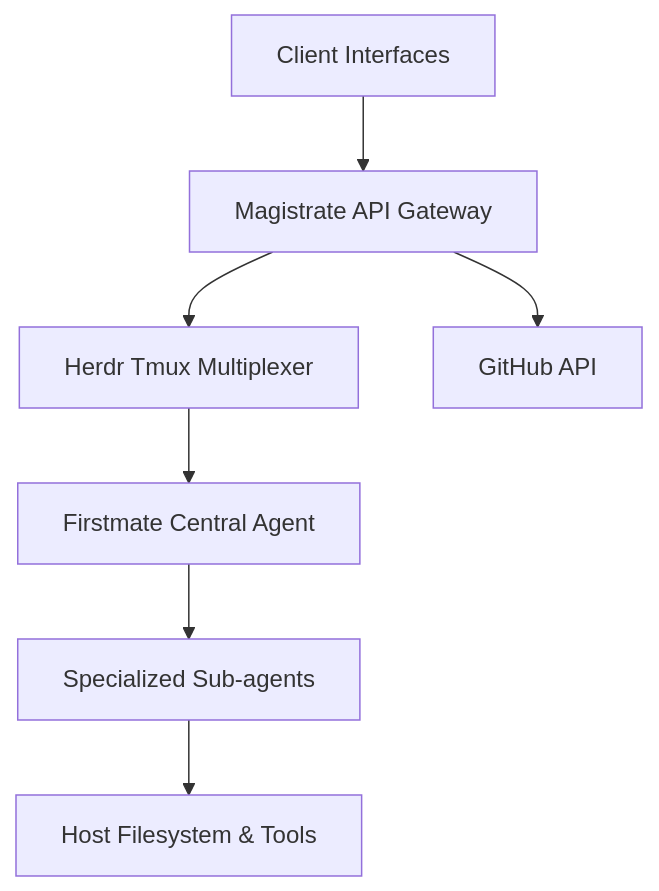
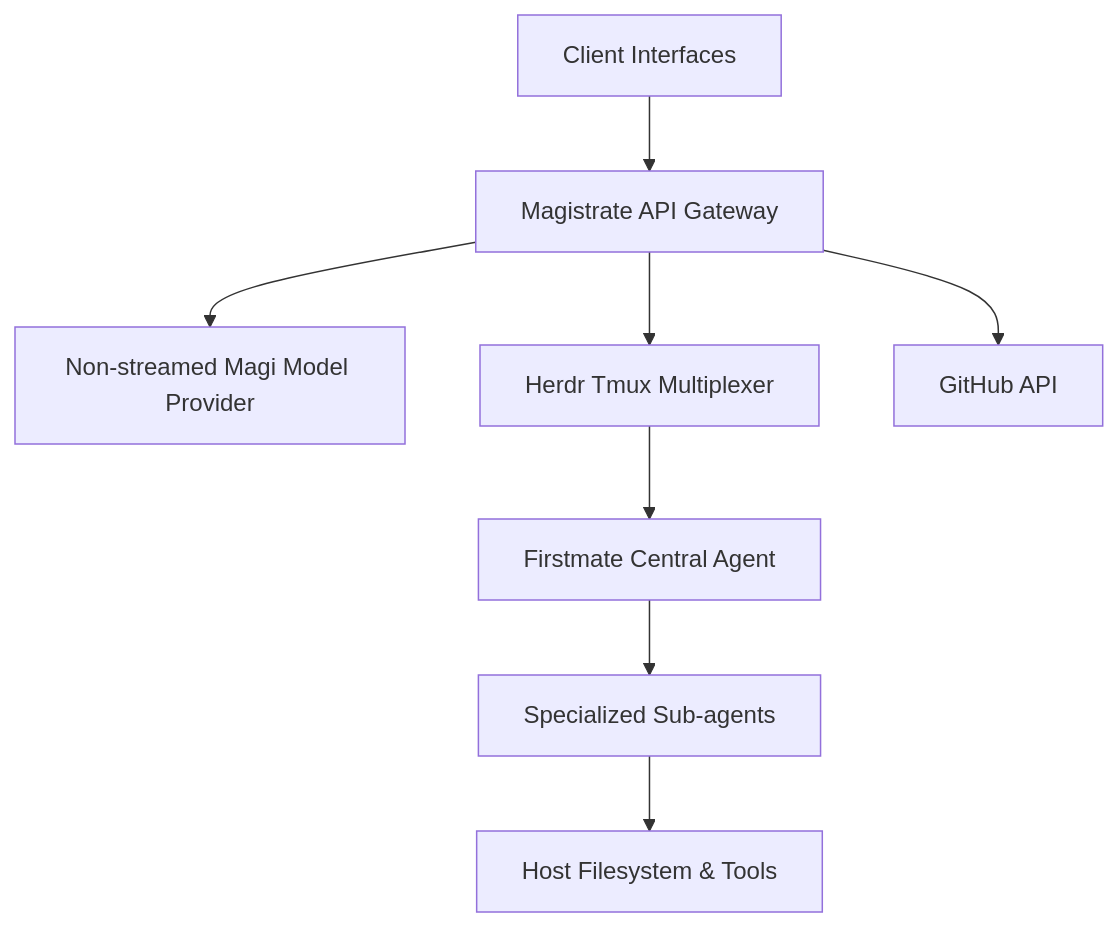
The diagram in README.md (calvin-rutherford/Magistrate), drawn with Mermaid before and after one commit. The commit also changed other lines of this file and 32 other files, not shown here.

Commit message:
feat: add provider-native Magi chat phase 1 (#94)

````diff
--- a/README.md
+++ b/README.md
@@ -19,9 +19,10 @@
 ```mermaid
 graph TD
     Client[Client Interfaces] --> Gateway[Magistrate API Gateway]
+    Gateway --> Model[Non-streamed Magi Model Provider]
     Gateway --> Multiplexer[Herdr Tmux Multiplexer]
     Gateway --> GitHub[GitHub API]
     Multiplexer --> Firstmate[Firstmate Central Agent]
     Firstmate --> Subagents[Specialized Sub-agents]
     Subagents --> Host[Host Filesystem & Tools]
 ```
````
